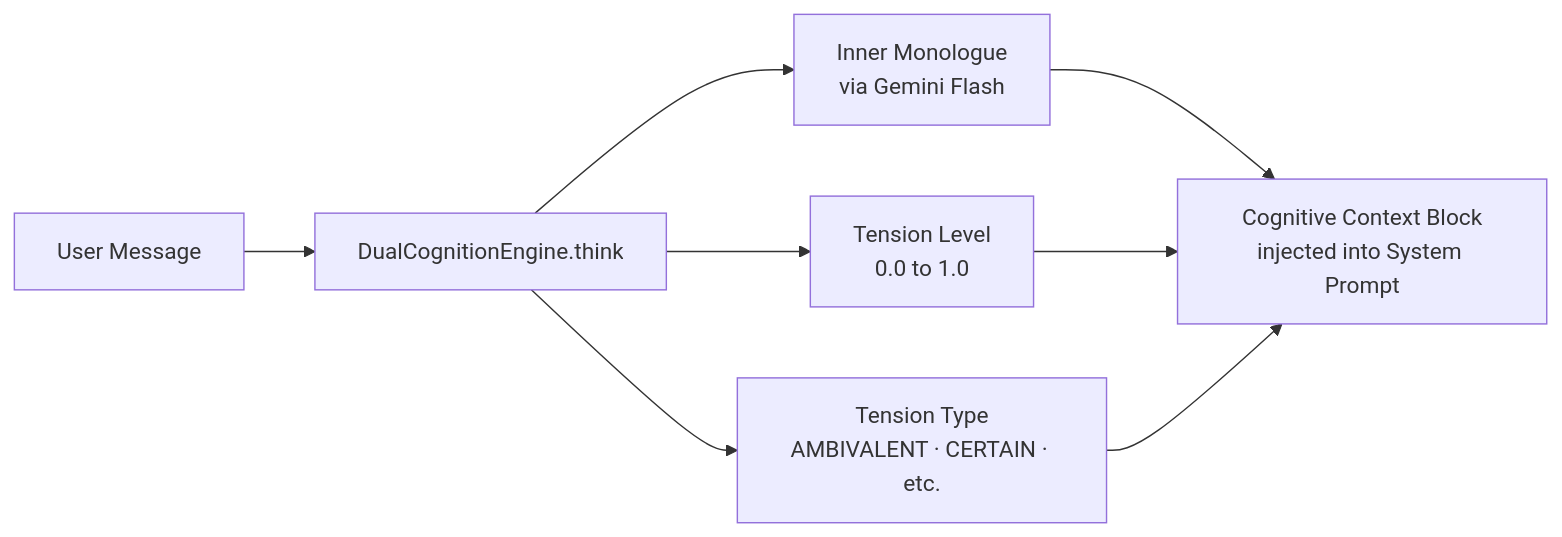
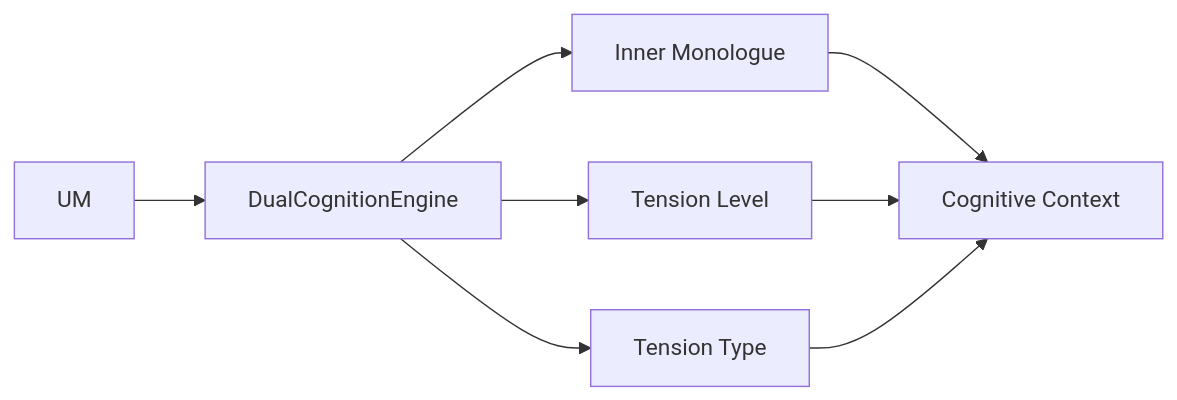
Before and after one commit to UpayanGhosh/Synapse-OSS: the fifth of 7 diagrams in ARCHITECTURE.md, drawn with Mermaid. The commit also changed other lines of this file, not shown here.

````diff
--- a/ARCHITECTURE.md
+++ b/ARCHITECTURE.md
@@ -228,8 +226,8 @@
 ```mermaid
 graph LR
-    UM[User Message] --> DC[DualCognitionEngine.think]
-    DC --> IM[Inner Monologue\nvia Gemini Flash]
-    DC --> TL[Tension Level\n0.0 to 1.0]
-    DC --> TT[Tension Type\nAMBIVALENT · CERTAIN · etc.]
-    IM & TL & TT --> CC[Cognitive Context Block\ninjected into System Prompt]
+    UM --> DC[DualCognitionEngine]
+    DC --> IM[Inner Monologue]
+    DC --> TL[Tension Level]
+    DC --> TT[Tension Type]
+    IM & TL & TT --> CC[Cognitive Context]
 ```
````
